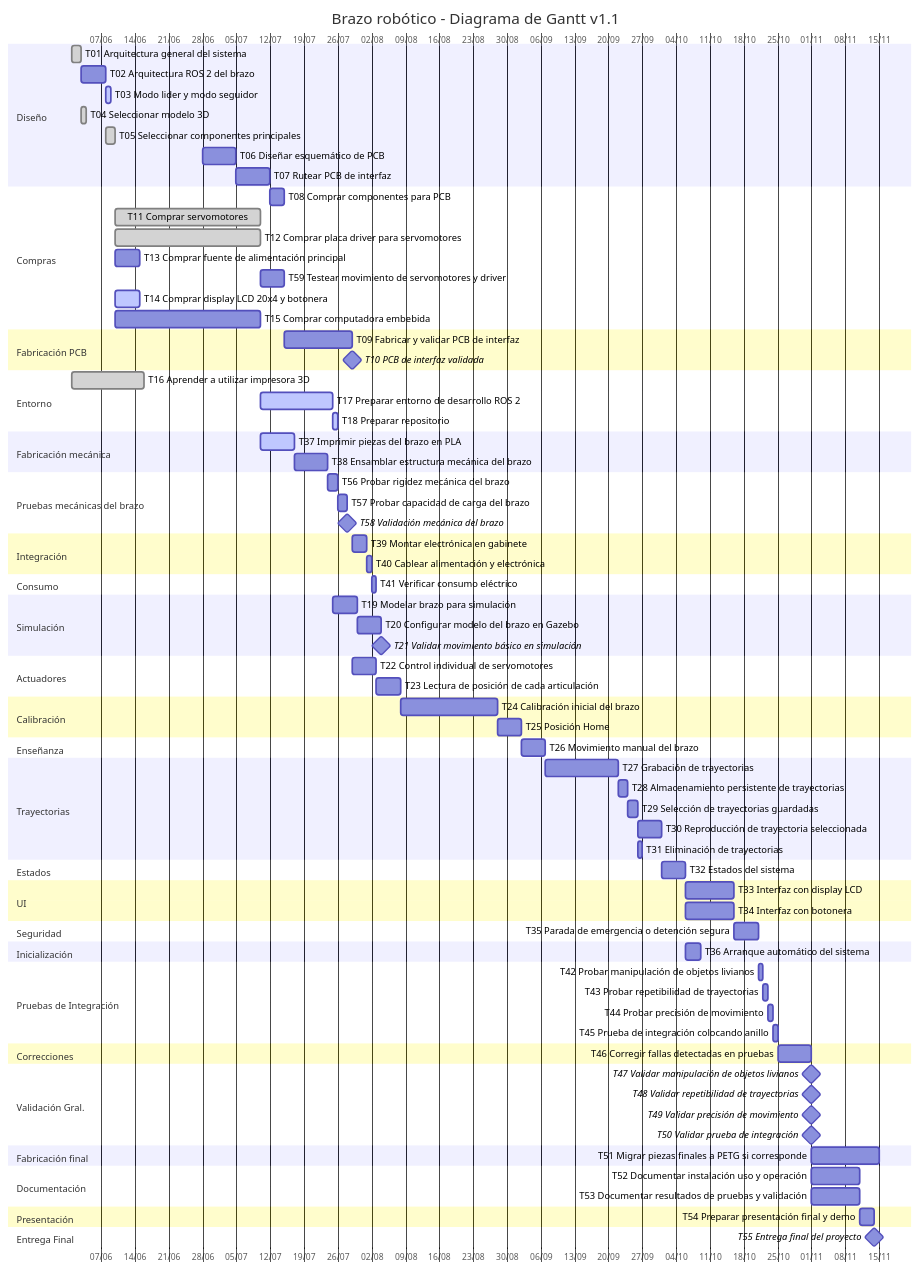
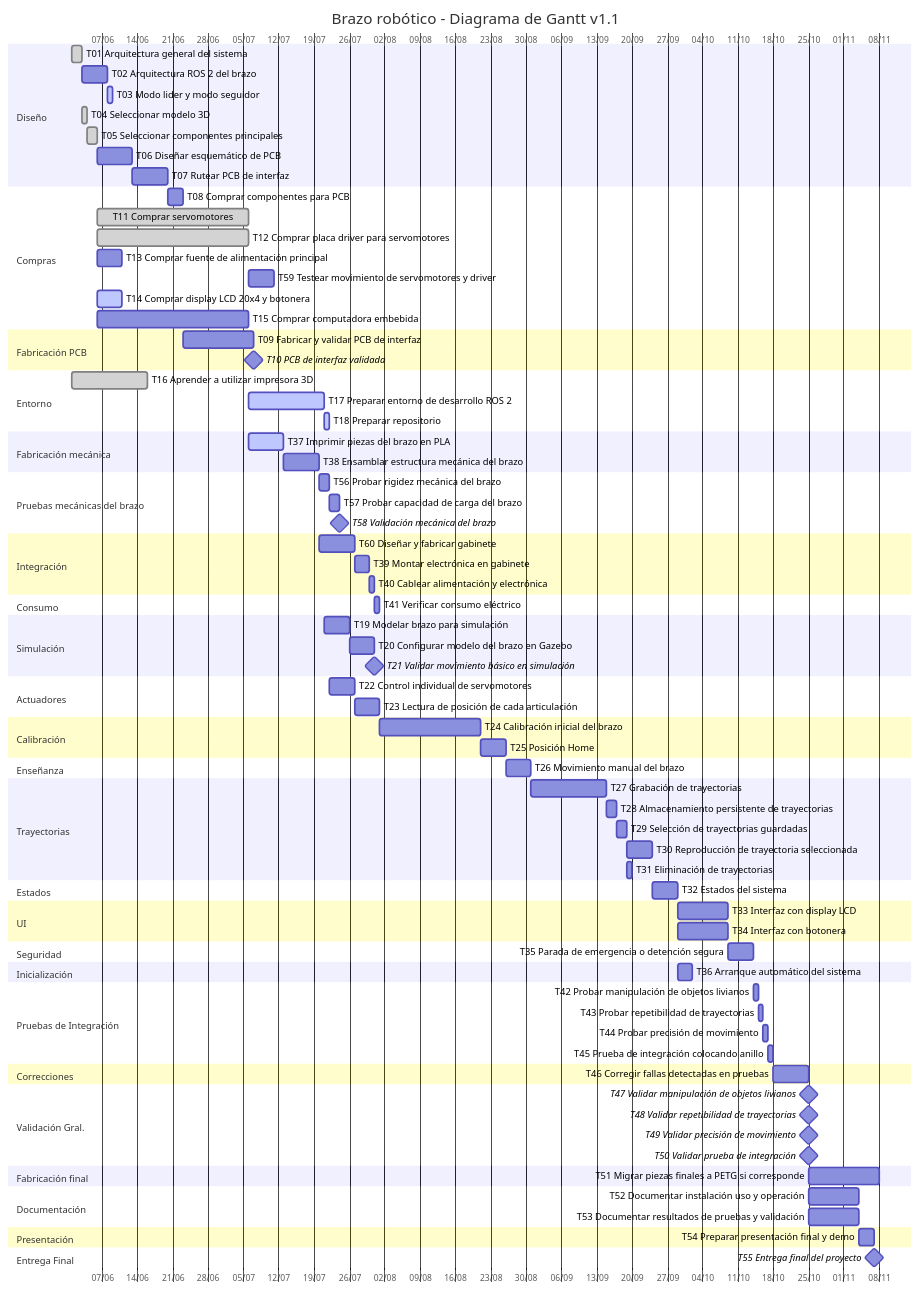
One commit to ealegremendoza/BrazoRobotico changed the diagram in doc/gantt/gantt.md. Above: the diagram before and after it, drawn with Mermaid.

```diff
--- a/doc/gantt/gantt.md
+++ b/doc/gantt/gantt.md
@@ -13,8 +13,8 @@
     T02 Arquitectura ROS 2 del brazo                         :t02, after t01, 5d
     T03 Modo lider y modo seguidor                           :active, t03, after t01 t02, 1d
     T04 Seleccionar modelo 3D                                :done, t04, after t01, 1d
-    T05 Seleccionar componentes principales                  :done, t05, after t01 t02 t04, 2d
-    T06 Diseñar esquemático de PCB                           :t06, 2026-06-28, 7d
+    T05 Seleccionar componentes principales                  :done, t05, after t01 t04, 2d
+    T06 Diseñar esquemático de PCB                           :t06, after t05, 7d
     T07 Rutear PCB de interfaz                               :t07, after t06, 7d
 
     section Compras
@@ -45,8 +45,9 @@
     T58 Validación mecánica del brazo                        :milestone, t58, after t56 t57, 0d
 
     section Integración
-    T39 Montar electrónica en gabinete                       :t39, after t10 t11 t12 t13 t14 t15 t38, 3d
-    T40 Cablear alimentación y electrónica                   :t40, after t10 t38 t39, 1d
+    T60 Diseñar y fabricar gabinete                          :t60, after t10 t11 t12 t13 t14 t15 t38, 7d
+    T39 Montar electrónica en gabinete                       :t39, after t60, 3d
+    T40 Cablear alimentación y electrónica                   :t40, after t10 t39 , 1d
 
     section Consumo
     T41 Verificar consumo eléctrico                          :t41, after t40, 1d
@@ -57,7 +58,7 @@
     T21 Validar movimiento básico en simulación              :milestone, t21, after t20, 0d
 
     section Actuadores
-    T22 Control individual de servomotores                   :t22, after t10 t11 t12 t17 t18, 5d
+    T22 Control individual de servomotores                   :t22, after t10 t11 t12 t13 t17 t18, 5d
     T23 Lectura de posición de cada articulación             :t23, after t22, 5d
 
     section Calibración
@@ -106,7 +107,7 @@
     T51 Migrar piezas finales a PETG si corresponde          :t51, after t16 t46, 14d
 
     section Documentación
-    T52 Documentar instalación uso y operación               :t52, after t33 t34 t36 t46 t50, 10d
+    T52 Documentar instalación uso y operación               :t52, after t47 t48 t49 t50, 10d
     T53 Documentar resultados de pruebas y validación        :t53, after t41 t42 t43 t44 t45 t46 t47 t48 t49 t50, 10d
 
     section Presentación
```
